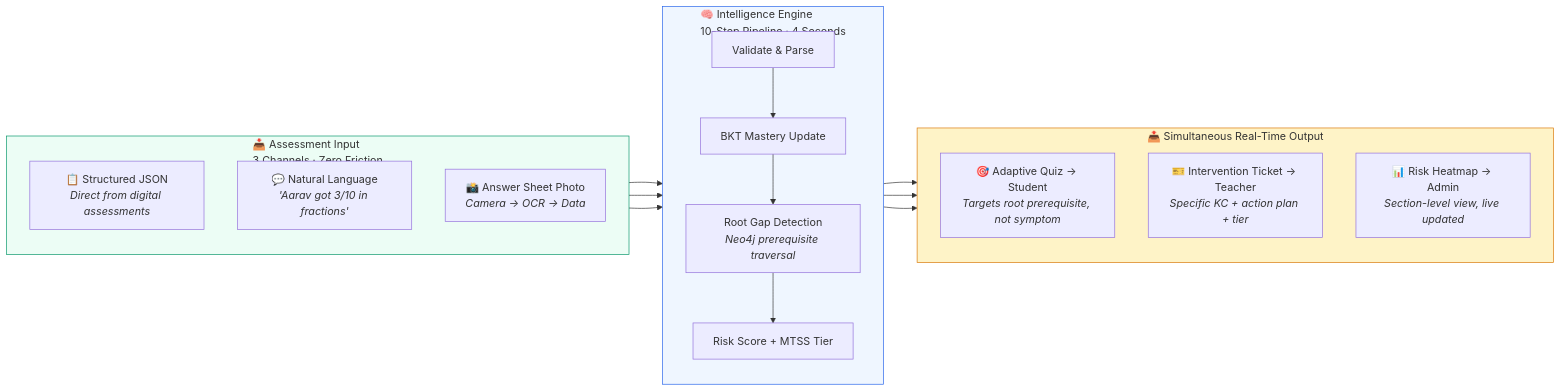
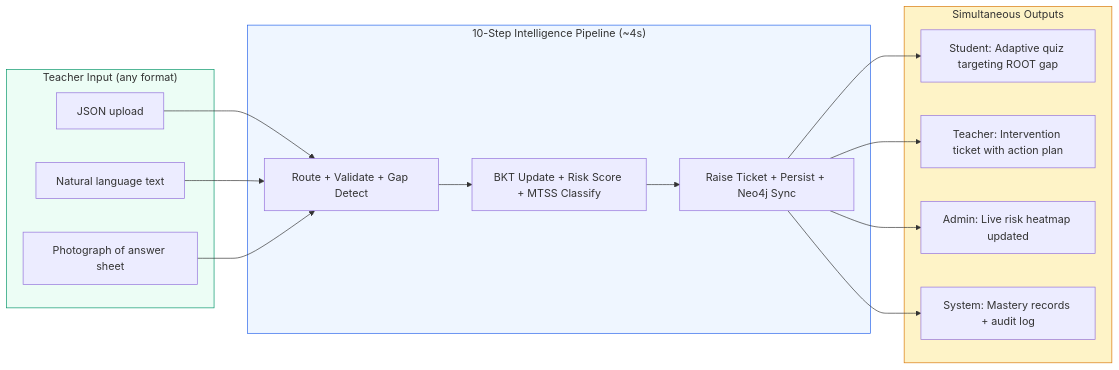
The first of 12 diagrams in README.md (SanjayS-007/sahayak360-mvp), drawn with Mermaid before and after one commit. The commit also changed other lines of this file, not shown here.

````diff
--- a/README.md
+++ b/README.md
@@ -71,36 +53,35 @@
 ```mermaid
 flowchart LR
-    subgraph INPUT["📥 Assessment Input<br/>3 Channels · Zero Friction"]
-        direction TB
-        A["📋 Structured JSON<br/><i>Direct from digital assessments</i>"]
-        B["💬 Natural Language<br/><i>'Aarav got 3/10 in fractions'</i>"]
-        C["📸 Answer Sheet Photo<br/><i>Camera → OCR → Data</i>"]
+    subgraph INPUT["Teacher Input (any format)"]
+        A["JSON upload"]
+        B["Natural language text"]
+        C["Photograph of answer sheet"]
     end
 
-    subgraph ENGINE["🧠 Intelligence Engine<br/>10-Step Pipeline · 4 Seconds"]
-        direction TB
-        D["Validate & Parse"]
-        E["BKT Mastery Update"]
-        F["Root Gap Detection<br/><i>Neo4j prerequisite traversal</i>"]
-        G["Risk Score + MTSS Tier"]
+    subgraph ENGINE["10-Step Intelligence Pipeline (~4s)"]
+        D["Route + Validate + Gap Detect"]
+        E["BKT Update + Risk Score + MTSS Classify"]
+        F["Raise Ticket + Persist + Neo4j Sync"]
     end
 
-    subgraph OUTPUT["📤 Simultaneous Real-Time Output"]
-        direction TB
-        H["🎯 Adaptive Quiz → Student<br/><i>Targets root prerequisite, not symptom</i>"]
-        I["🎫 Intervention Ticket → Teacher<br/><i>Specific KC + action plan + tier</i>"]
-        J["📊 Risk Heatmap → Admin<br/><i>Section-level view, live updated</i>"]
+    subgraph OUTPUT["Simultaneous Outputs"]
+        G["Student: Adaptive quiz targeting ROOT gap"]
+        H["Teacher: Intervention ticket with action plan"]
+        I["Admin: Live risk heatmap updated"]
+        J["System: Mastery records + audit log"]
     end
 
     A --> D
     B --> D
     C --> D
-    D --> E --> F --> G
-    G --> H
-    G --> I
-    G --> J
+    D --> E
+    E --> F
+    F --> G
+    F --> H
+    F --> I
+    F --> J
 
     style INPUT fill:#ecfdf5,stroke:#059669
     style ENGINE fill:#eff6ff,stroke:#2563eb
     style OUTPUT fill:#fef3c7,stroke:#d97706
 ```
````
